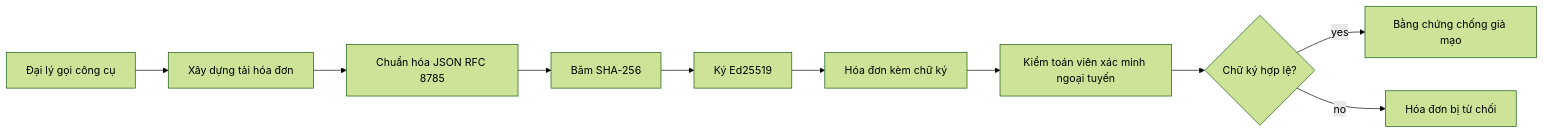
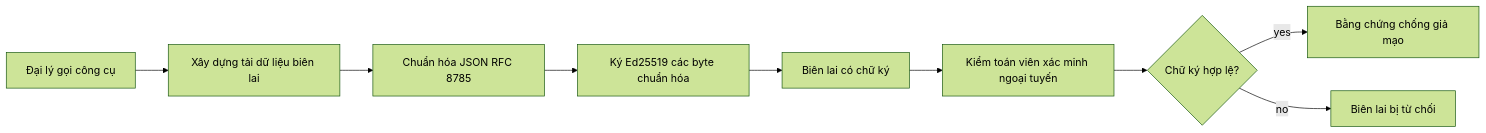
One commit to microsoft/ai-agents-for-beginners changed the first of 2 diagrams in translations/vi/18-securing-ai-agents/README.md. Above: the diagram before and after it, drawn with Mermaid (forest theme). The commit also changed other lines of this file and 47 other files, not shown here.

````diff
--- a/translations/vi/18-securing-ai-agents/README.md
+++ b/translations/vi/18-securing-ai-agents/README.md
@@ -51,12 +51,11 @@
 ```mermaid
 flowchart LR
-    A[Đại lý gọi công cụ] --> B[Xây dựng tải hóa đơn]
+    A[Đại lý gọi công cụ] --> B[Xây dựng tải dữ liệu biên lai]
     B --> C[Chuẩn hóa JSON RFC 8785]
-    C --> D[Băm SHA-256]
-    D --> E[Ký Ed25519]
-    E --> F[Hóa đơn kèm chữ ký]
+    C --> E[Ký Ed25519 các byte chuẩn hóa]
+    E --> F[Biên lai có chữ ký]
     F --> G[Kiểm toán viên xác minh ngoại tuyến]
     G --> H{Chữ ký hợp lệ?}
     H -- yes --> I[Bằng chứng chống giả mạo]
-    H -- no --> J[Hóa đơn bị từ chối]
+    H -- no --> J[Biên lai bị từ chối]
 ```
````
